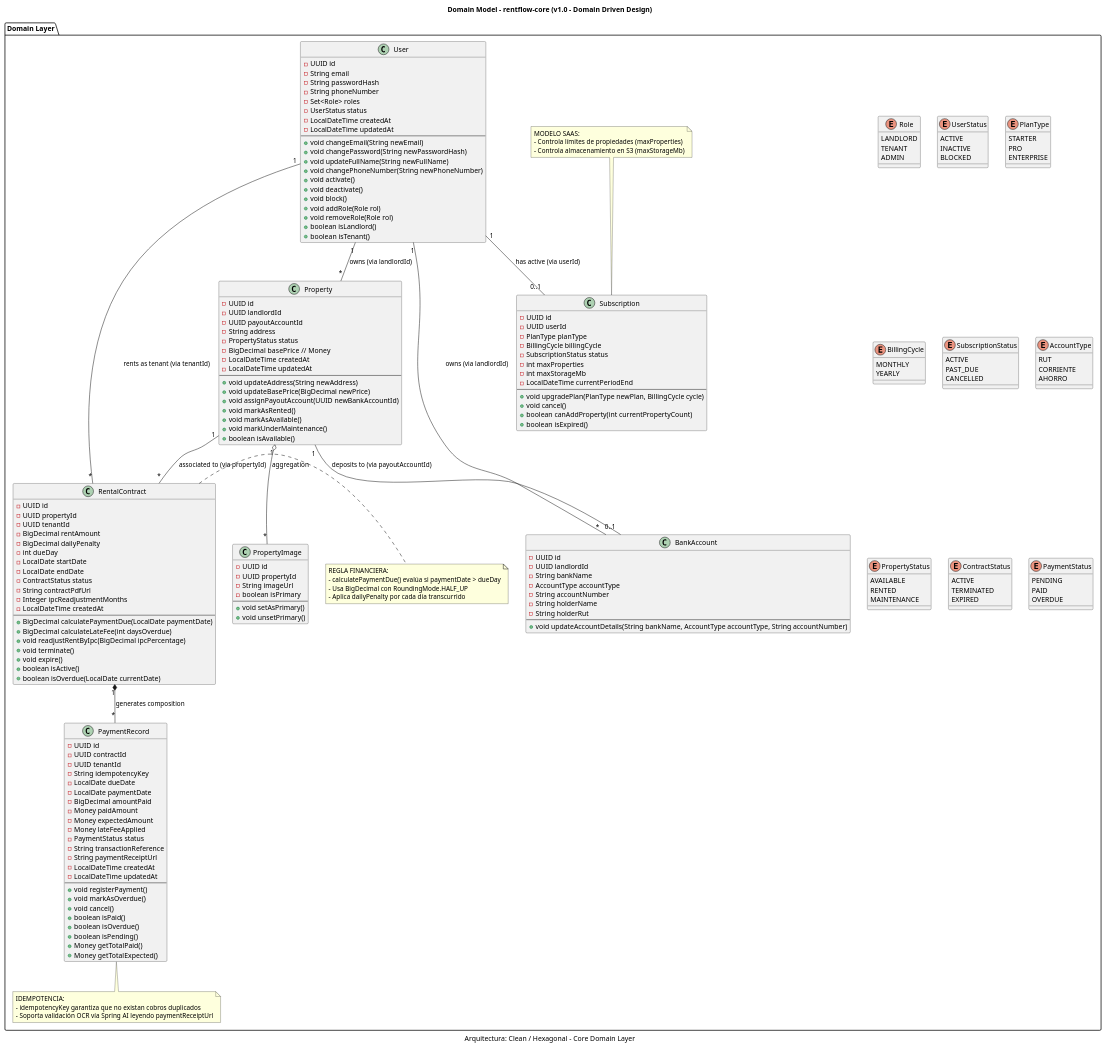
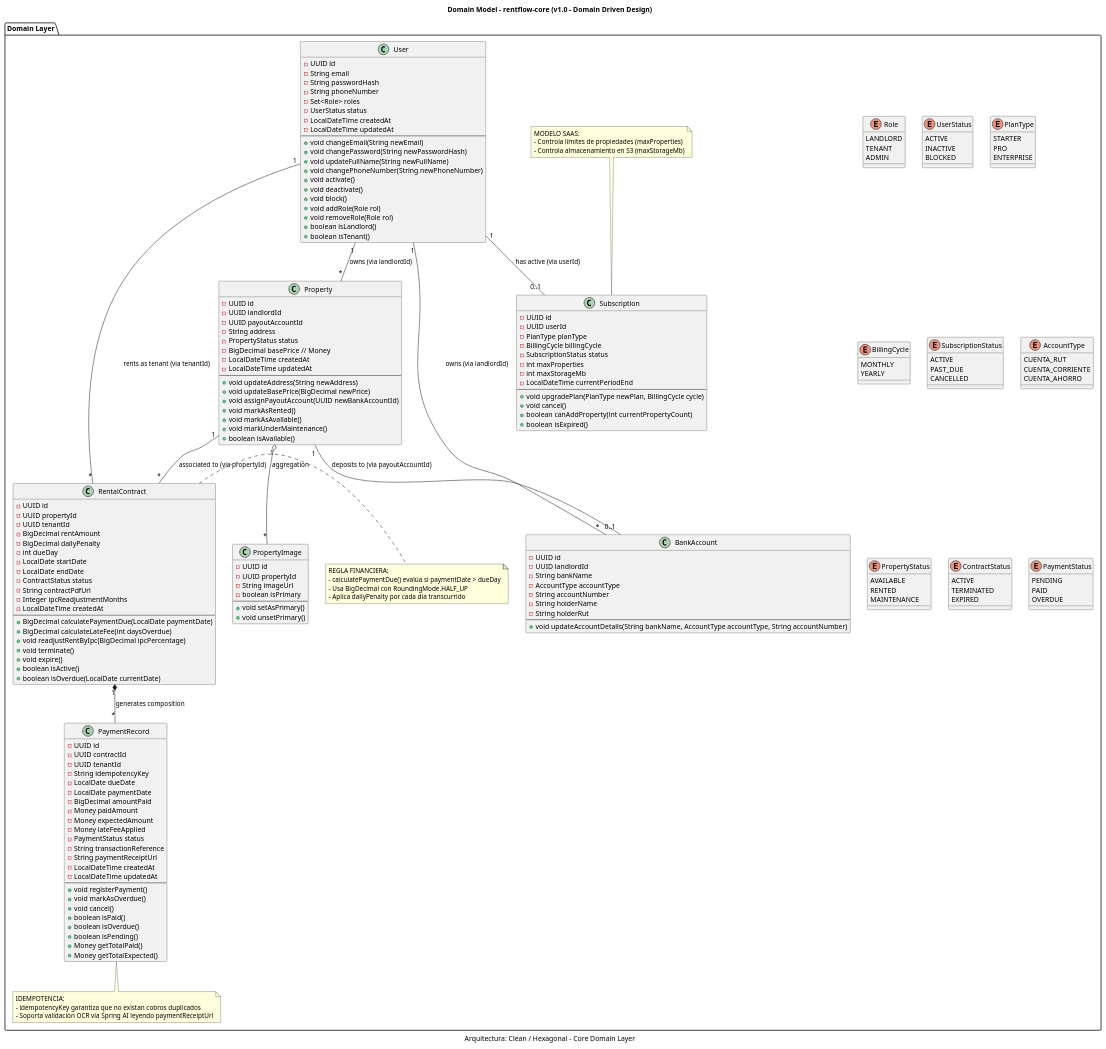
One commit to marcobustosblas/rentflow-core changed the diagram in docs/diagrams/domain-model.puml. Above: the diagram before and after it, drawn with PlantUML. The commit also changed 2 other files, not shown here.

```diff
--- a/docs/diagrams/domain-model.puml
+++ b/docs/diagrams/domain-model.puml
@@ -39,9 +39,9 @@
     }
 
     enum AccountType {
-        RUT
-        CORRIENTE
-        AHORRO
+        CUENTA_RUT
+        CUENTA_CORRIENTE
+        CUENTA_AHORRO
     }
 
     enum PropertyStatus {
```
